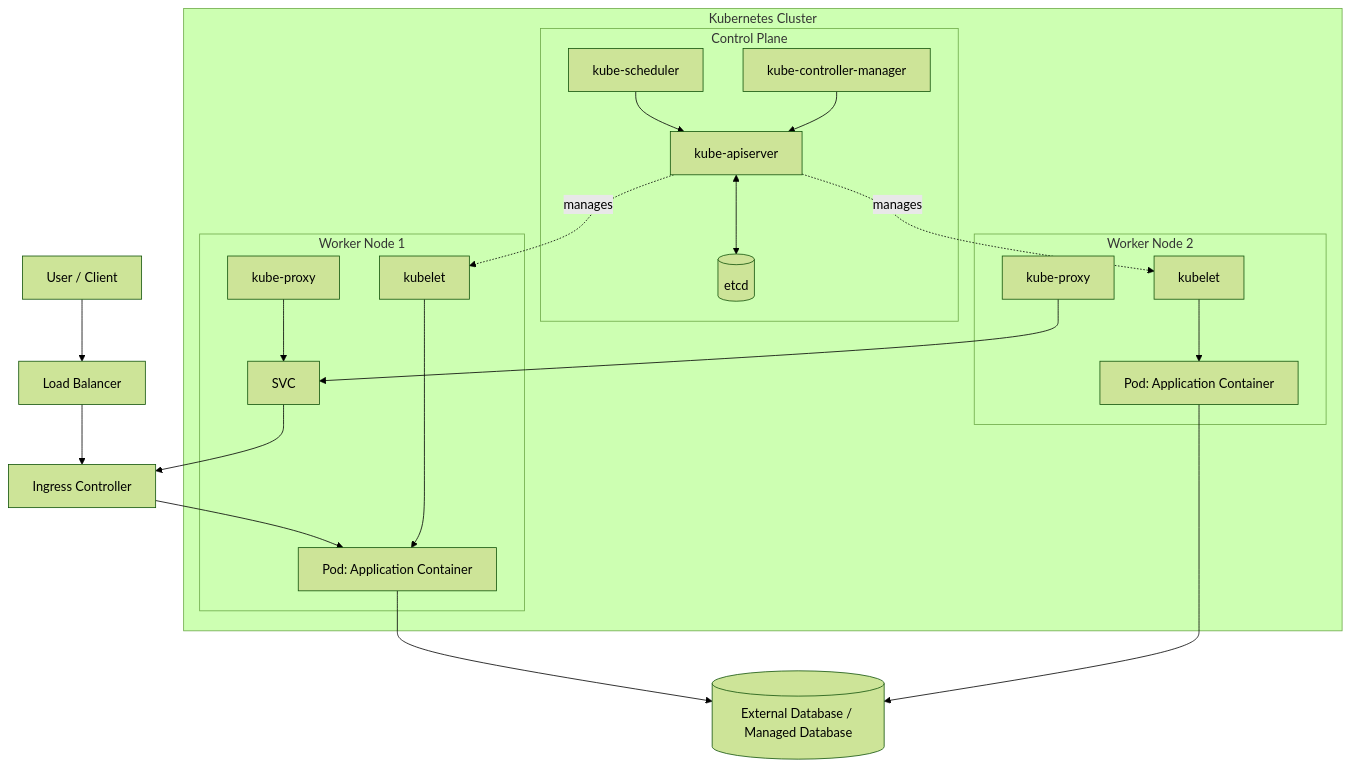
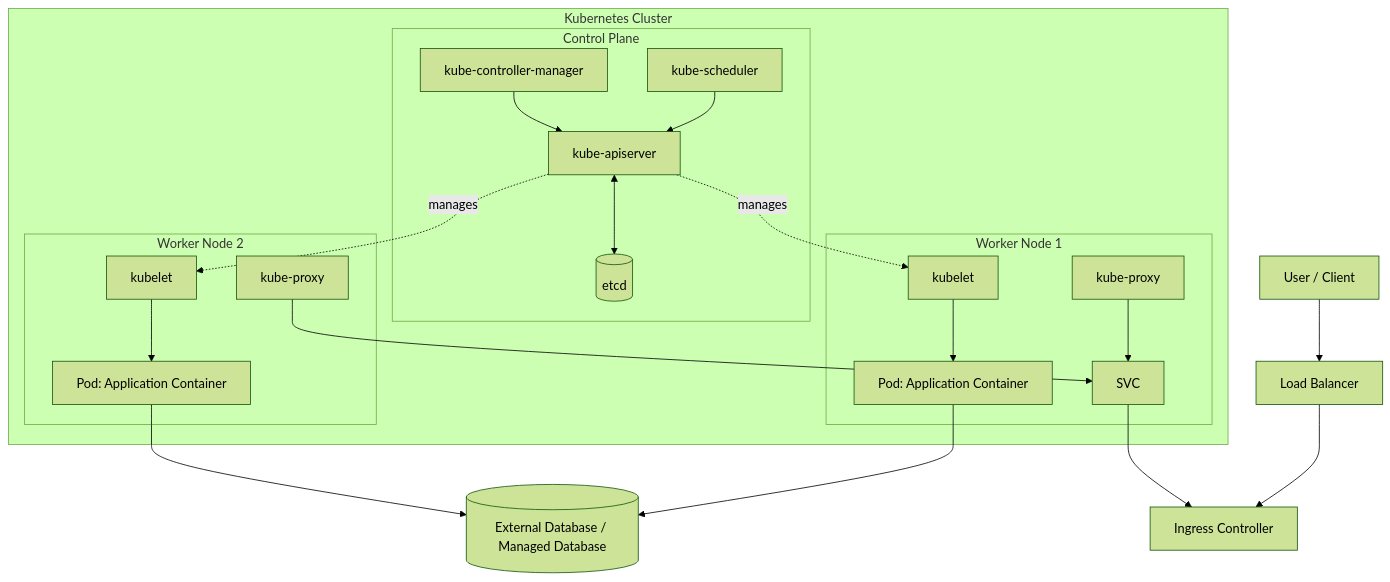
One commit to GuruRamPrasad/2026 changed the diagram in Kubernetes/README.md. Above: the diagram before and after it, drawn with Mermaid (forest theme).

````diff
--- a/Kubernetes/README.md
+++ b/Kubernetes/README.md
@@ -7,41 +7,40 @@
 ```mermaid
 flowchart TB
     U[User / Client] --> LB[Load Balancer]
     LB --> ING[Ingress Controller]
     SVC --> ING[Ingress Controller]
-    ING --> POD1
 
     subgraph CLUSTER[Kubernetes Cluster]
         subgraph CP[Control Plane]
             API[ kube-apiserver ]
             ETCD[(etcd)]
             SCH[kube-scheduler]
             CM[kube-controller-manager]
             API <--> ETCD
             SCH --> API
             CM --> API
         end
 
         subgraph W1[Worker Node 1]
             K1[kubelet]
             P1[kube-proxy]
             POD1[Pod: Application Container]
             K1 --> POD1
             P1 --> SVC
         end
 
         subgraph W2[Worker Node 2]
             K2[kubelet]
             P2[kube-proxy]
             POD2[Pod: Application Container]
             K2 --> POD2
             P2 --> SVC
         end
 
         API -. manages .-> K1
         API -. manages .-> K2
     end
 
     POD1 --> DB[(External Database / Managed Database)]
     POD2 --> DB
 ```
````
